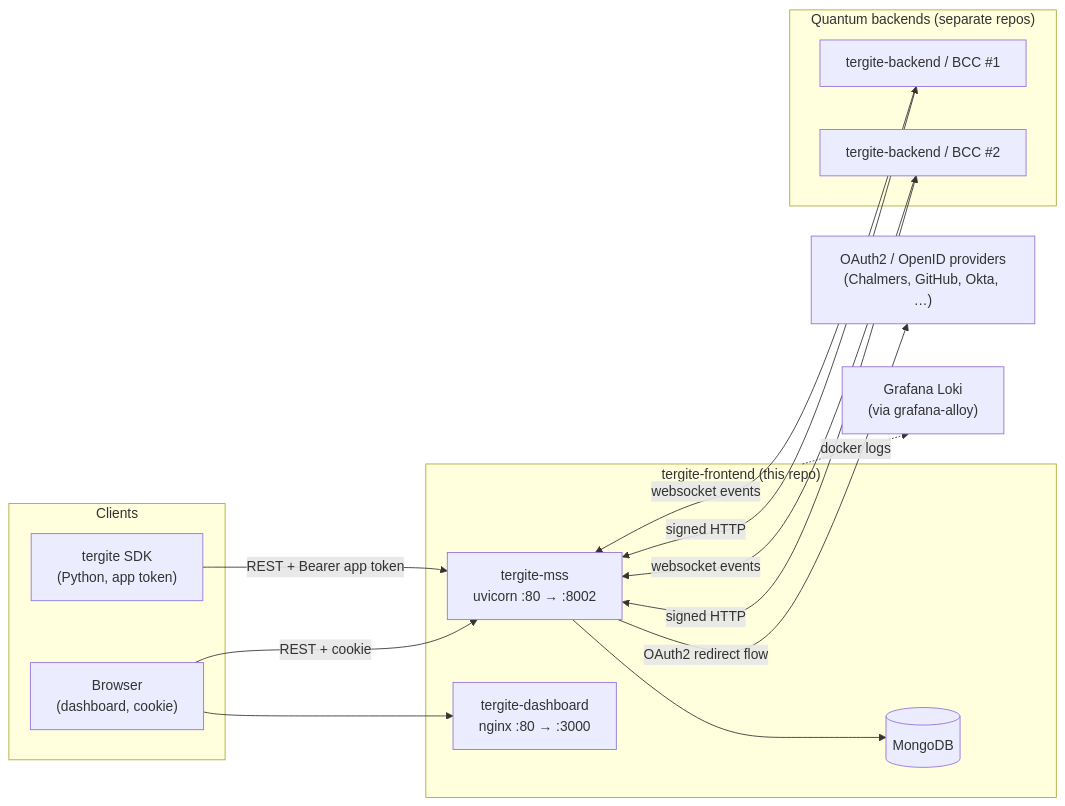
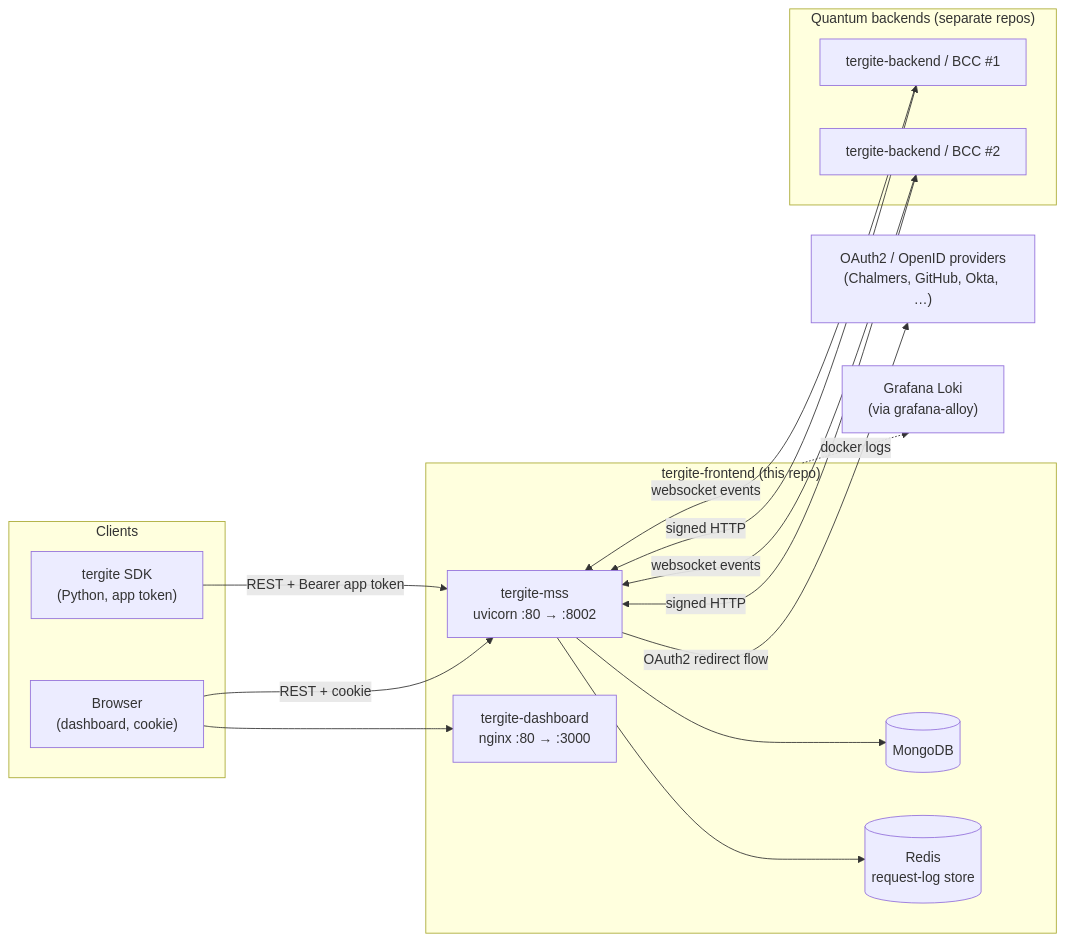
The first of 2 diagrams in DESIGN.md (tergite/tergite-frontend), drawn with Mermaid before and after one commit. The commit also changed other lines of this file and 23 other files, not shown here.

First line of the commit message:
MSS: Keep the request log in Redis, behind a Database of its own

````diff
--- a/DESIGN.md
+++ b/DESIGN.md
@@ -32,32 +32,34 @@
 ```mermaid
 flowchart LR
     subgraph clients [Clients]
       SDK["tergite SDK<br/>(Python, app token)"]
       Browser["Browser<br/>(dashboard, cookie)"]
     end
 
     subgraph frontend ["tergite-frontend (this repo)"]
       Dash["tergite-dashboard<br/>nginx :80 → :3000"]
       MSS["tergite-mss<br/>uvicorn :80 → :8002"]
       Mongo[("MongoDB")]
+      Redis[("Redis<br/>request-log store")]
     end
 
     subgraph backends ["Quantum backends (separate repos)"]
       BCC1["tergite-backend / BCC #1"]
       BCC2["tergite-backend / BCC #2"]
     end
 
     IdP["OAuth2 / OpenID providers<br/>(Chalmers, GitHub, Okta, …)"]
     Loki["Grafana Loki<br/>(via grafana-alloy)"]
 
     Browser --> Dash
     Browser -->|"REST + cookie"| MSS
     SDK -->|"REST + Bearer app token"| MSS
     MSS --> Mongo
+    MSS --> Redis
     MSS <-->|"signed HTTP"| BCC1
     MSS <-->|"signed HTTP"| BCC2
     BCC1 -->|"websocket events"| MSS
     BCC2 -->|"websocket events"| MSS
     MSS -->|"OAuth2 redirect flow"| IdP
     frontend -.->|"docker logs"| Loki
 ```
````
